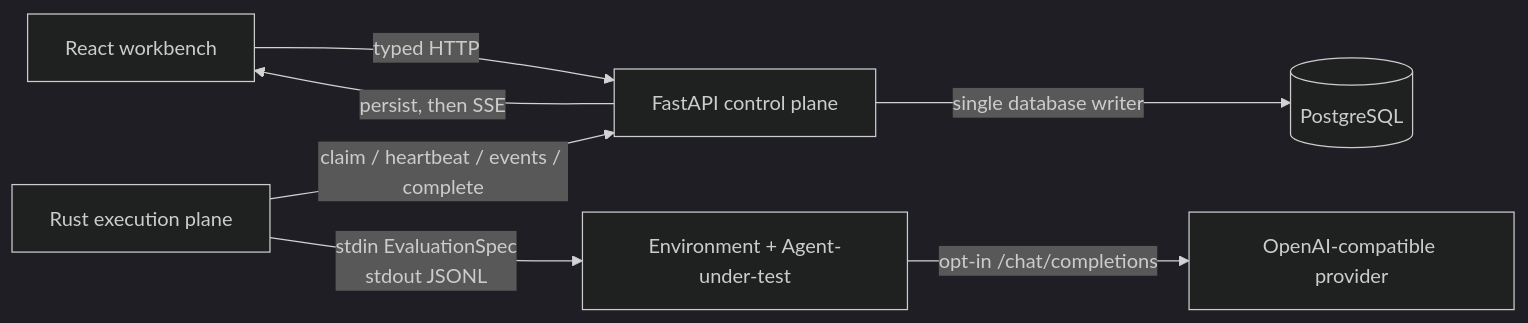
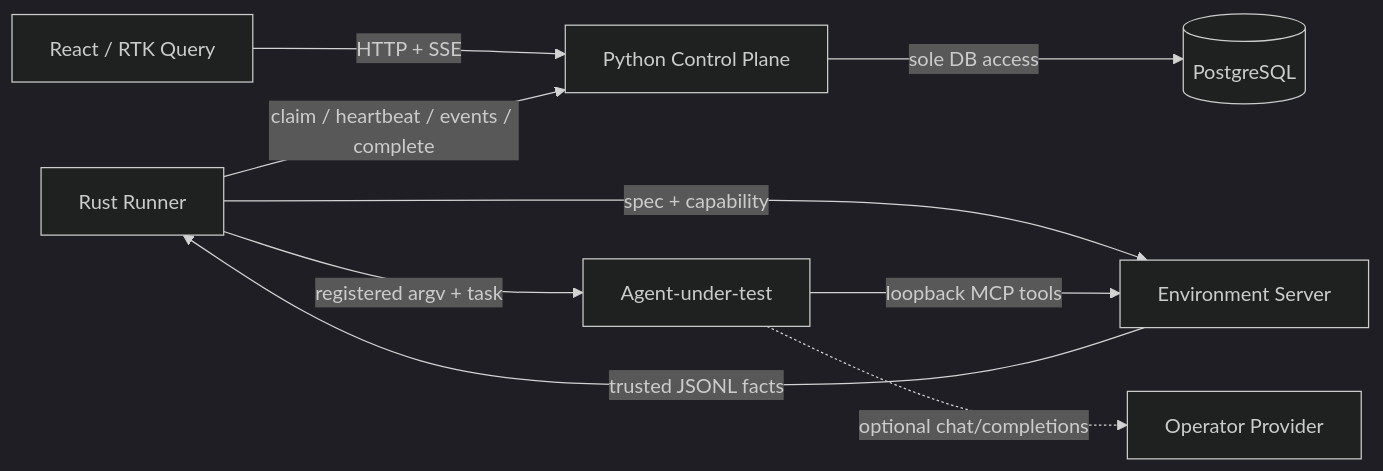
One commit to GarrisonPJ/agent-ops-platform changed the diagram in README.md. Above: the diagram before and after it, drawn with Mermaid (dark theme). The commit also changed other lines of this file and 25 other files, not shown here.

````diff
--- a/README.md
+++ b/README.md
@@ -103,9 +67,11 @@
 ```mermaid
 flowchart LR
-    UI["React workbench"] -->|"typed HTTP"| API["FastAPI control plane"]
-    API -->|"single database writer"| DB[("PostgreSQL")]
-    API -->|"persist, then SSE"| UI
-    Runner["Rust execution plane"] -->|"claim / heartbeat / events / complete"| API
-    Runner -->|"stdin EvaluationSpec<br/>stdout JSONL"| Agent["Environment + Agent-under-test"]
-    Agent -->|"opt-in /chat/completions"| Provider["OpenAI-compatible provider"]
+    UI[React / RTK Query] -->|HTTP + SSE| CP[Python Control Plane]
+    CP -->|sole DB access| DB[(PostgreSQL)]
+    R[Rust Runner] -->|claim / heartbeat / events / complete| CP
+    R -->|spec + capability| E[Environment Server]
+    R -->|registered argv + task| A[Agent-under-test]
+    A -->|loopback MCP tools| E
+    E -->|trusted JSONL facts| R
+    A -. optional chat/completions .-> P[Operator Provider]
 ```
````
